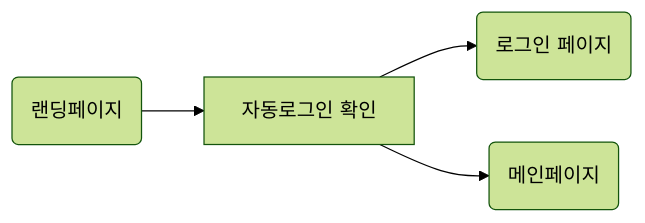
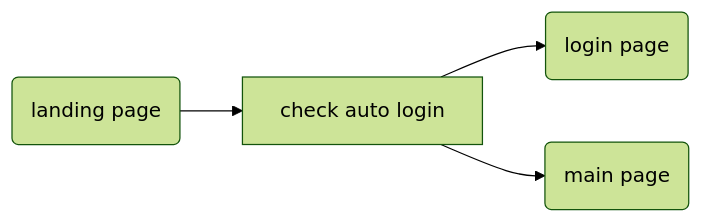
One commit to cotes2020/jekyll-theme-chirpy changed the diagram in _posts/2022-05-05-Jekyll 기술블로그에 flow chart와 수식 넣기.md. Above: the diagram before and after it, drawn with Mermaid (forest theme). The commit also changed other lines of this file and 25 other files, not shown here.

```diff
--- a/_posts/2022-05-05-Jekyll 기술블로그에 flow chart와 수식 넣기.md
+++ b/_posts/2022-05-05-Jekyll 기술블로그에 flow chart와 수식 넣기.md
@@ -27,6 +27,6 @@
 <div class="mermaid">
   graph LR;
-  A(랜딩페이지)-->B[자동로그인 확인];
-  B-->C(로그인 페이지);
-  B-->D(메인페이지);
+  A(landing page)-->B[check auto login];
+  B-->C(login page);
+  B-->D(main page);
 </div>
```
